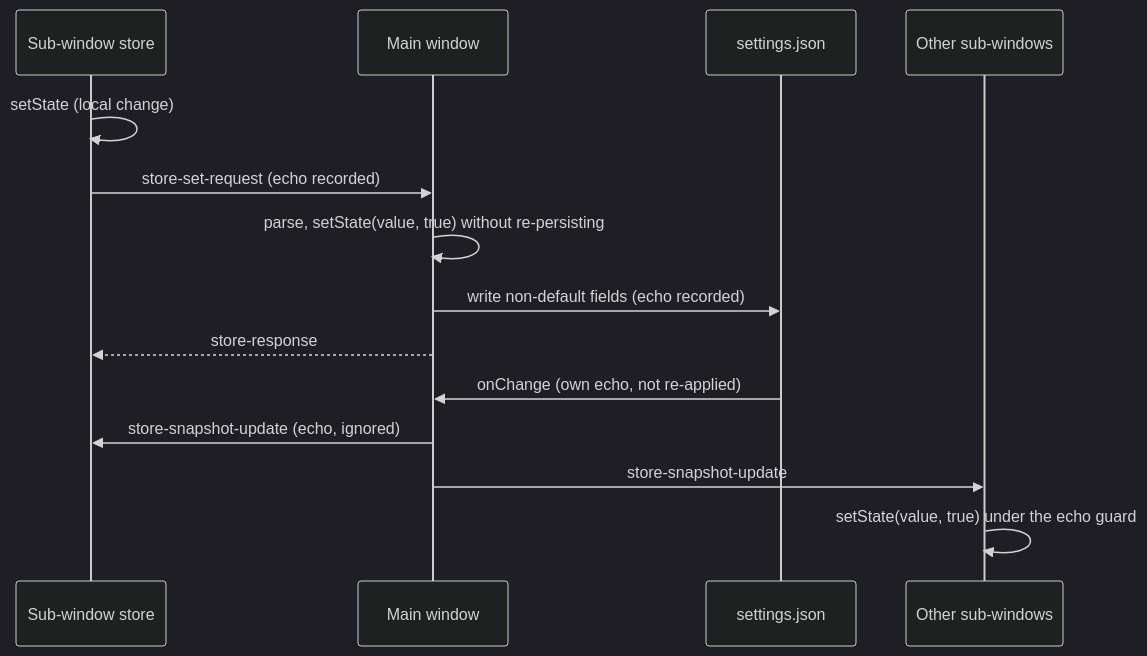
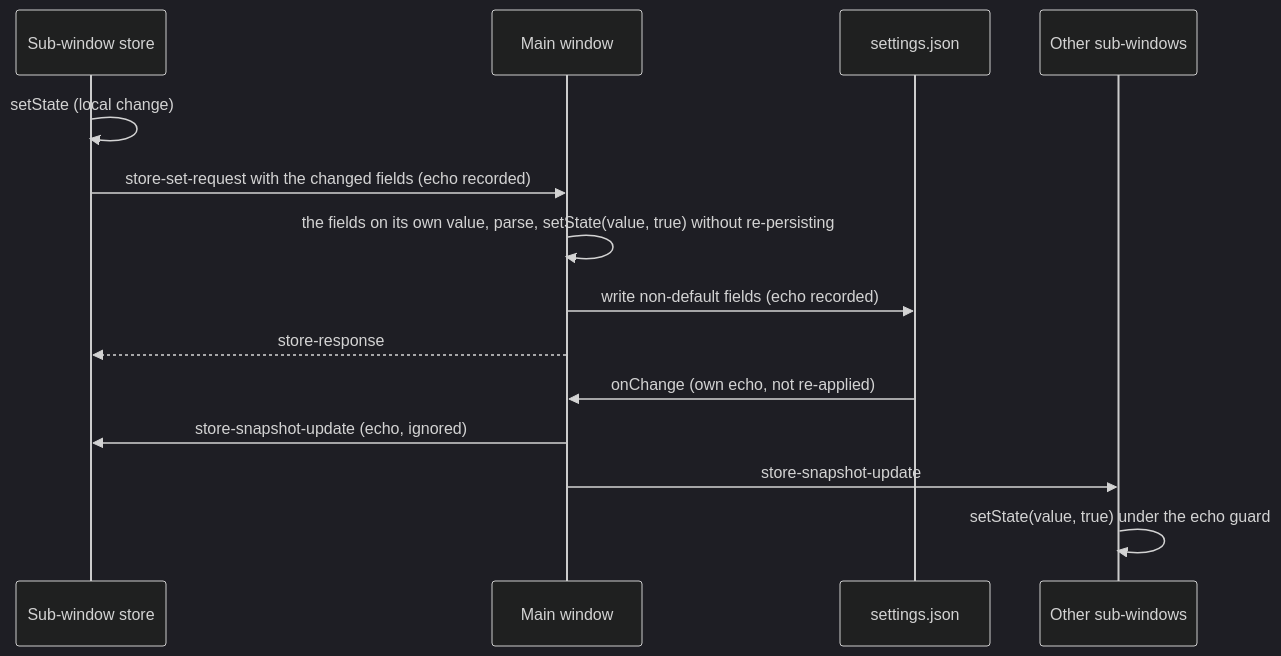
One commit to develar/branch-deck changed the second of 2 diagrams in docs/design/distributed-settings.md. Above: the diagram before and after it, drawn with Mermaid (dark theme). The commit also changed other lines of this file and 6 other files, not shown here.

First line of the commit message:
fix(settings): a sub-window's write takes only the fields it changed, and a sub-window that loads takes the changes made meanwhile

````diff
--- a/docs/design/distributed-settings.md
+++ b/docs/design/distributed-settings.md
@@ -54,17 +54,17 @@
 ```mermaid
 sequenceDiagram
     participant Sub as Sub-window store
     participant Main as Main window
     participant Disk as settings.json
     participant Others as Other sub-windows
 
     Sub->>Sub: setState (local change)
-    Sub->>Main: store-set-request (echo recorded)
-    Main->>Main: parse, setState(value, true) without re-persisting
+    Sub->>Main: store-set-request with the changed fields (echo recorded)
+    Main->>Main: the fields on its own value, parse, setState(value, true) without re-persisting
     Main->>Disk: write non-default fields (echo recorded)
     Main-->>Sub: store-response
     Disk->>Main: onChange (own echo, not re-applied)
     Main->>Sub: store-snapshot-update (echo, ignored)
     Main->>Others: store-snapshot-update
     Others->>Others: setState(value, true) under the echo guard
 ```
````
